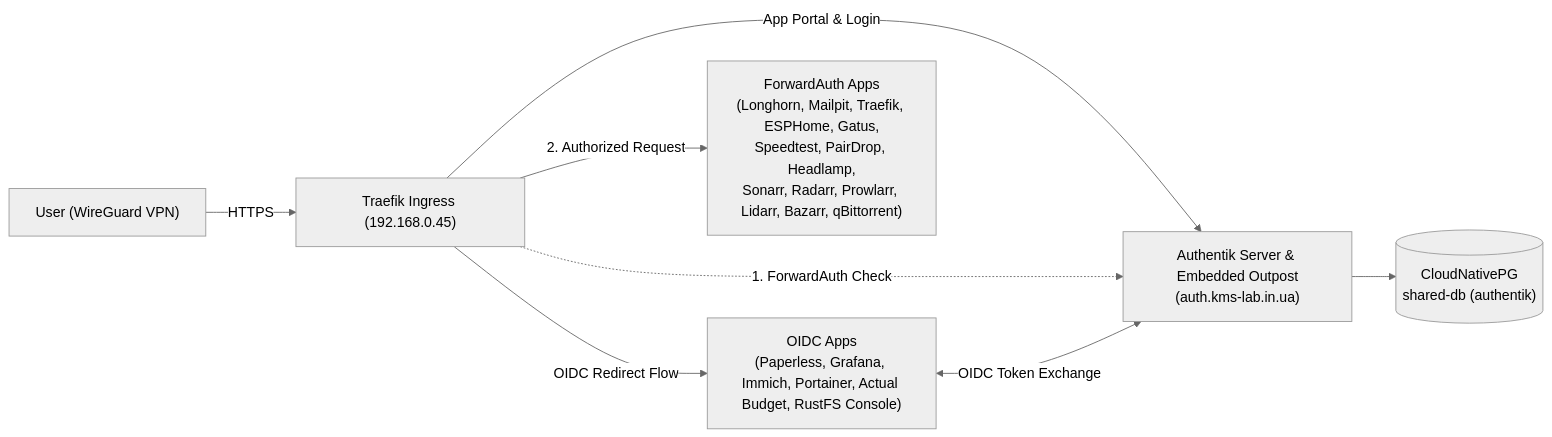
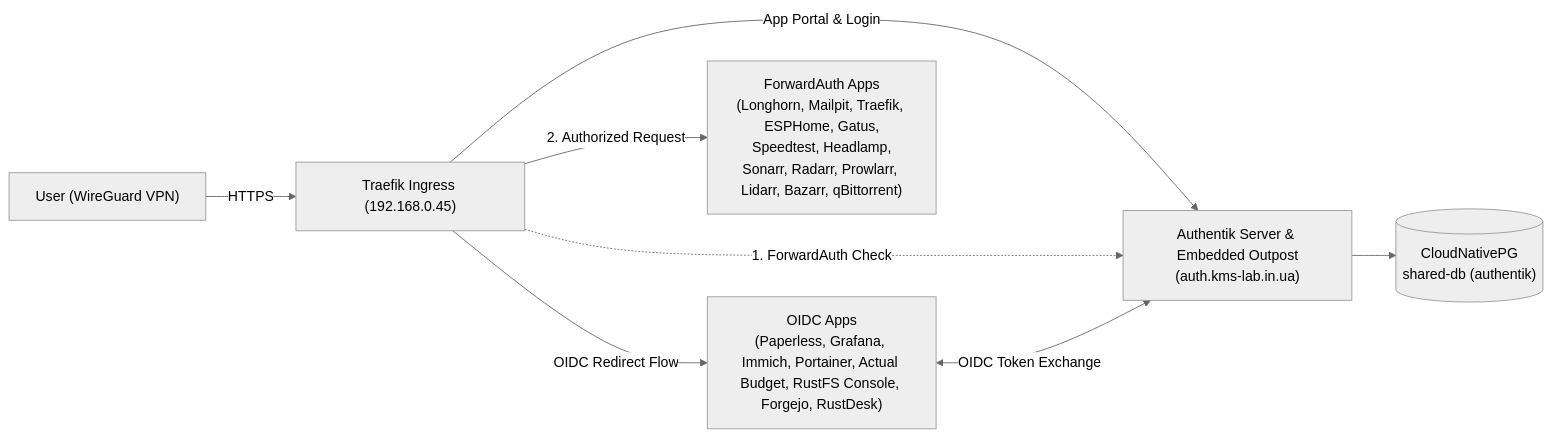
One commit to reidMaks/test changed the diagram in docs/architecture/039-authentik-sso-idp.md. Above: the diagram before and after it, drawn with Mermaid (neutral theme). The commit also changed other lines of this file and 12 other files, not shown here.

Commit message:
feat: deploy self-hosted RustDesk server & API on OCI with Authentik OIDC SSO

````diff
--- a/docs/architecture/039-authentik-sso-idp.md
+++ b/docs/architecture/039-authentik-sso-idp.md
@@ -31,17 +31,17 @@
 ```mermaid
 flowchart LR
     User["User (WireGuard VPN)"]
     Traefik["Traefik Ingress (192.168.0.45)"]
     Authentik["Authentik Server & Embedded Outpost\n(auth.kms-lab.in.ua)"]
     CNPG[("CloudNativePG\nshared-db (authentik)")]
-    OIDCApps["OIDC Apps\n(Paperless, Grafana, Immich, Portainer, Actual Budget, RustFS Console)"]
-    ProxyApps["ForwardAuth Apps\n(Longhorn, Mailpit, Traefik, ESPHome, Gatus,\nSpeedtest, PairDrop, Headlamp,\nSonarr, Radarr, Prowlarr, Lidarr, Bazarr, qBittorrent)"]
+    OIDCApps["OIDC Apps\n(Paperless, Grafana, Immich, Portainer, Actual Budget, RustFS Console, Forgejo, RustDesk)"]
+    ProxyApps["ForwardAuth Apps\n(Longhorn, Mailpit, Traefik, ESPHome, Gatus,\nSpeedtest, Headlamp,\nSonarr, Radarr, Prowlarr, Lidarr, Bazarr, qBittorrent)"]
 
     User -->|HTTPS| Traefik
     Traefik -->|App Portal & Login| Authentik
     Authentik --> CNPG
     Traefik -.->|1. ForwardAuth Check| Authentik
     Traefik -->|2. Authorized Request| ProxyApps
     Traefik -->|OIDC Redirect Flow| OIDCApps
     OIDCApps <-->|OIDC Token Exchange| Authentik
 ```
````
